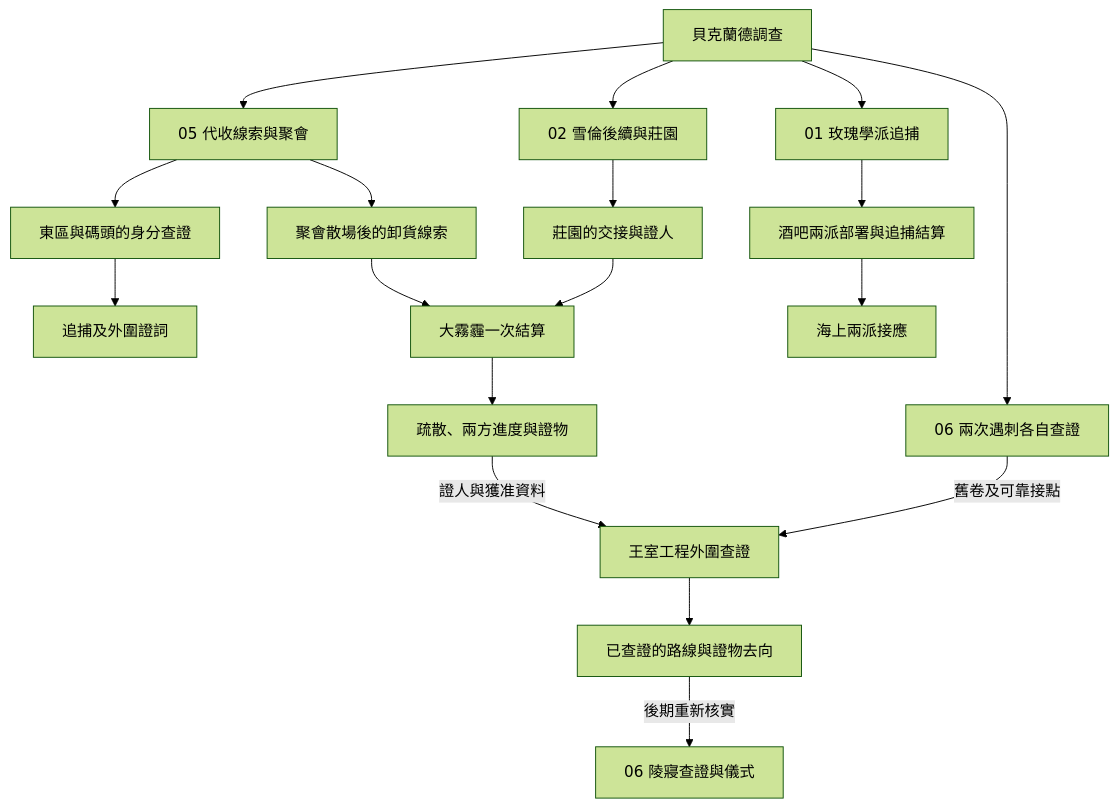
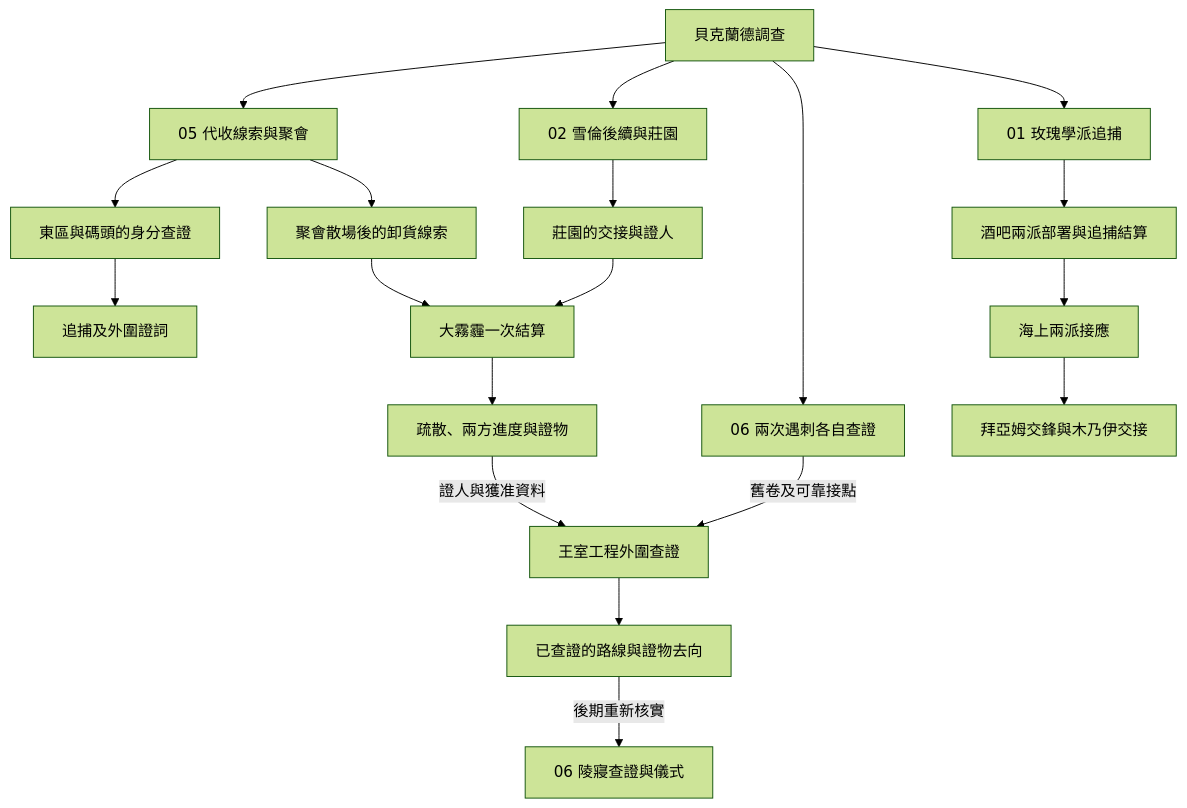
One commit to dragon961204-cmd/- changed the third of 7 diagrams in game/events/part_one_story_tree.md. Above: the diagram before and after it, drawn with Mermaid (forest theme). The commit also changed other lines of this file, not shown here.

````diff
--- a/game/events/part_one_story_tree.md
+++ b/game/events/part_one_story_tree.md
@@ -49,20 +49,21 @@
 ```mermaid
 flowchart TD
     A["貝克蘭德調查"] --> B["02 雪倫後續與莊園"]
     A --> C["05 代收線索與聚會"]
     A --> D["01 玫瑰學派追捕"]
     A --> N["06 兩次遇刺各自查證"]
     N -->|"舊卷及可靠接點"| E["王室工程外圍查證"]
     C --> I["東區與碼頭的身分查證"]
     I --> J["追捕及外圍證詞"]
     B --> L["莊園的交接與證人"]
     C --> M["聚會散場後的卸貨線索"]
     L --> F["大霧霾一次結算"]
     M --> F
     F --> P["疏散、兩方進度與證物"]
     P -->|"證人與獲准資料"| E
     D --> K["酒吧兩派部署與追捕結算"]
     K --> G["海上兩派接應"]
+    G --> R["拜亞姆交鋒與木乃伊交接"]
     E --> Q["已查證的路線與證物去向"]
     Q -->|"後期重新核實"| H["06 陵寢查證與儀式"]
 ```
````
